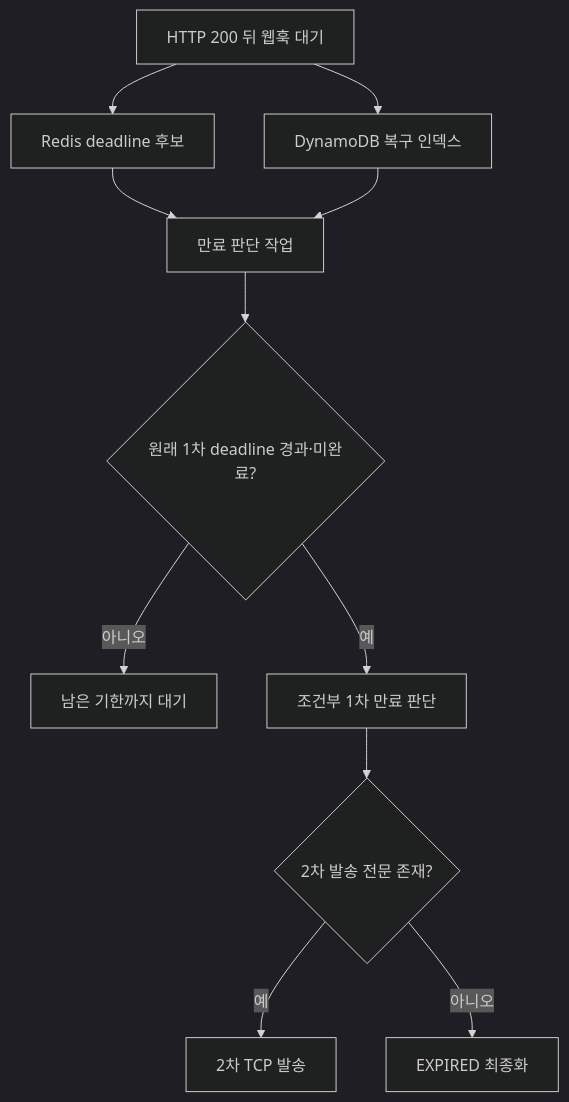
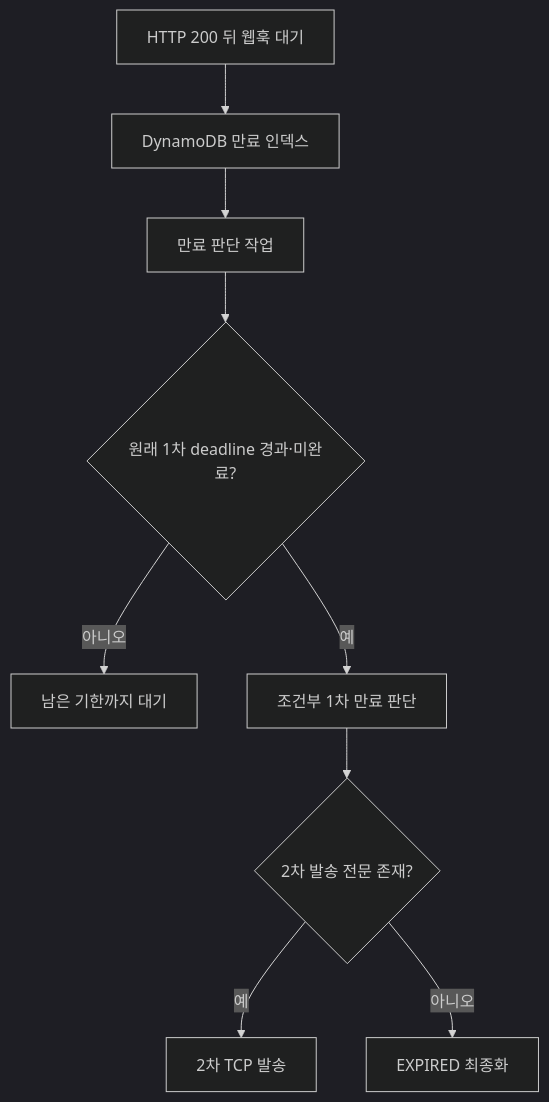
Before and after one commit to hyun-seung/High-throughput-event-platform: the eighth of 10 diagrams in docs/53-신규-메시지-케이스별-Call-Flow.md, drawn with Mermaid (dark theme). The commit also changed other lines of this file and 5 other files, not shown here.

````diff
--- a/docs/53-신규-메시지-케이스별-Call-Flow.md
+++ b/docs/53-신규-메시지-케이스별-Call-Flow.md
@@ -323,13 +323,11 @@
 ```mermaid
 flowchart TD
-    A[HTTP 200 뒤 웹훅 대기] --> R[Redis deadline 후보]
-    A --> G[DynamoDB 복구 인덱스]
-    R --> M[만료 판단 작업]
-    G --> M
+    A[HTTP 200 뒤 웹훅 대기] --> G[DynamoDB 만료 인덱스]
+    G --> M[만료 판단 작업]
     M --> D{원래 1차 deadline 경과·미완료?}
     D -->|아니오| W[남은 기한까지 대기]
     D -->|예| C[조건부 1차 만료 판단]
     C --> F{2차 발송 전문 존재?}
     F -->|예| T[2차 TCP 발송]
     F -->|아니오| E[EXPIRED 최종화]
 ```
````
